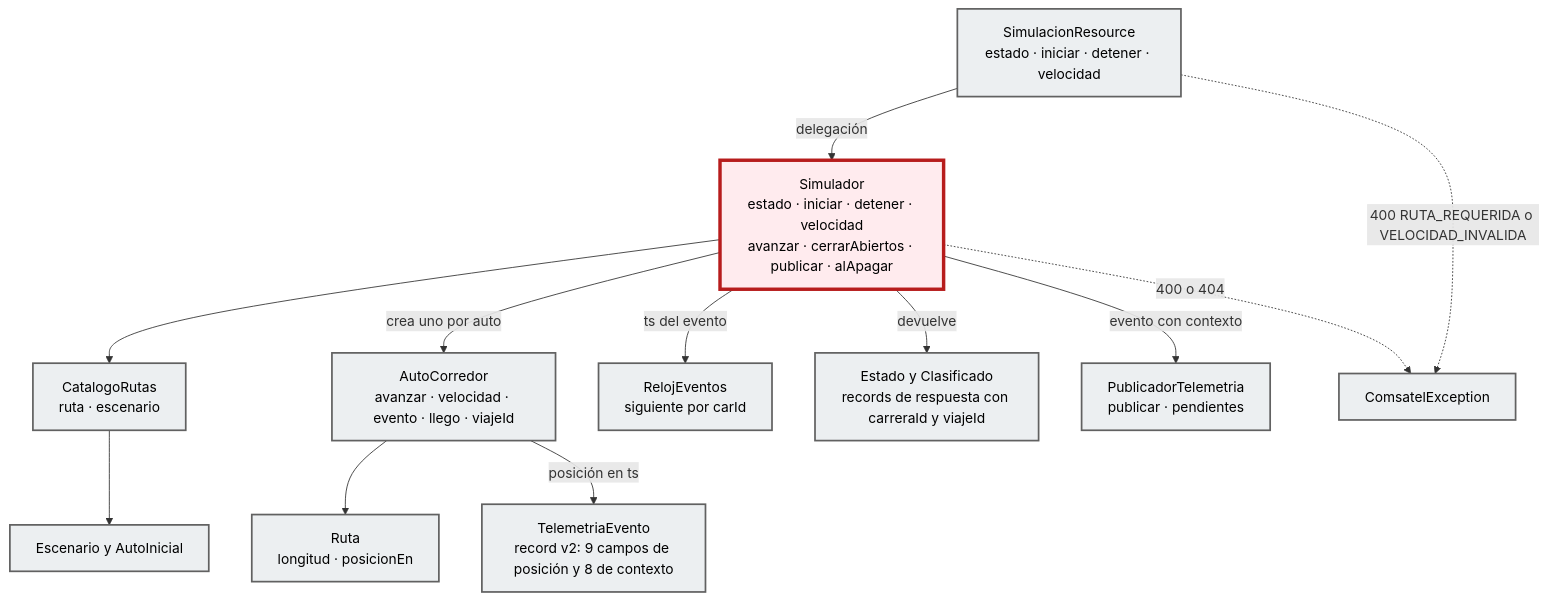
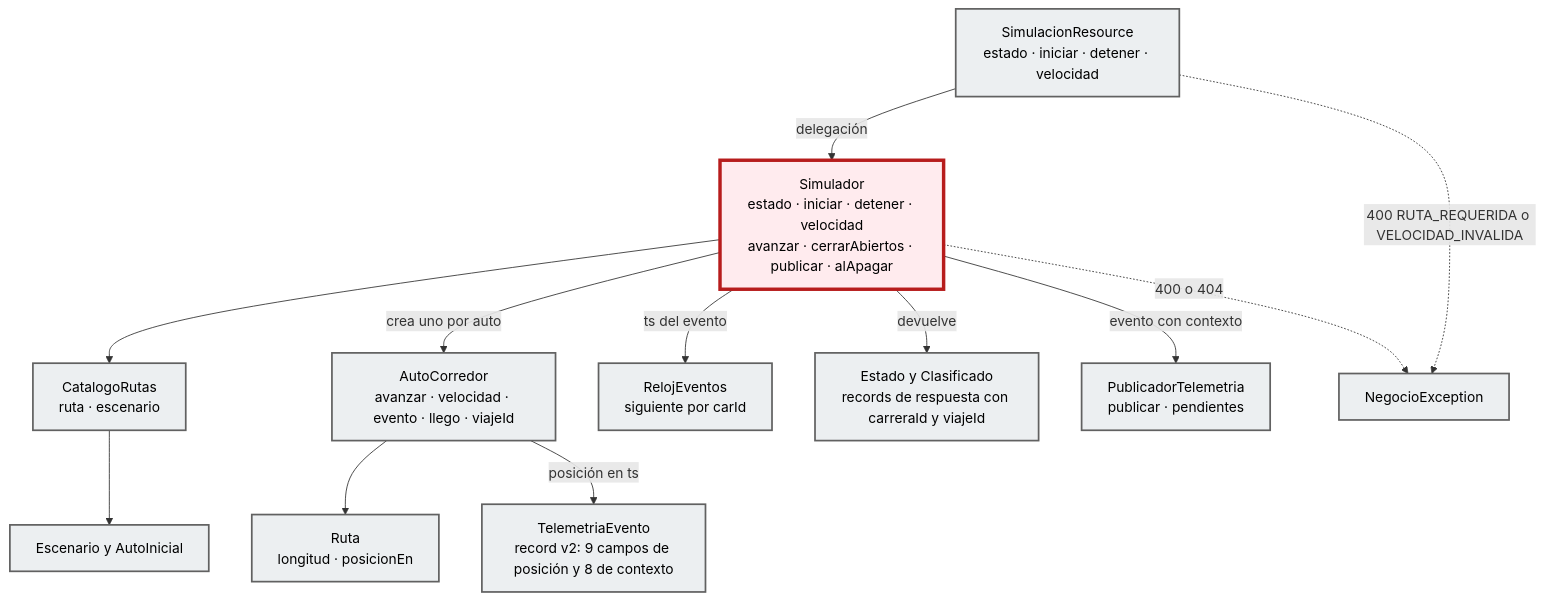
Before and after one commit to devbryan02/telemetry-flink-quarkus: the diagram in docs/c4/diagrams/code.mmd, drawn with Mermaid. The commit also changed 27 other files, not shown here.

```diff
--- a/docs/c4/diagrams/code.mmd
+++ b/docs/c4/diagrams/code.mmd
@@ -1,27 +1,27 @@
 flowchart TB
   res["SimulacionResource<br/>estado · iniciar · detener · velocidad"]
   sim["Simulador<br/>estado · iniciar · detener · velocidad<br/>avanzar · cerrarAbiertos · publicar · alApagar"]
   cat["CatalogoRutas<br/>ruta · escenario"]
   corr["AutoCorredor<br/>avanzar · velocidad · evento · llego · viajeId"]
   ruta["Ruta<br/>longitud · posicionEn"]
   esc["Escenario y AutoInicial"]
   reloj["RelojEventos<br/>siguiente por carId"]
   evt["TelemetriaEvento<br/>record v2: 9 campos de posición y 8 de contexto"]
   pub["PublicadorTelemetria<br/>publicar · pendientes"]
   dto["Estado y Clasificado<br/>records de respuesta con carreraId y viajeId"]
-  err["ComsatelException"]
+  err["NegocioException"]
   res -->|"delegación"| sim
   res -.->|"400 RUTA_REQUERIDA o VELOCIDAD_INVALIDA"| err
   sim --> cat
   sim -->|"crea uno por auto"| corr
   sim -->|"ts del evento"| reloj
   sim -->|"devuelve"| dto
   sim -->|"evento con contexto"| pub
   sim -.->|"400 o 404"| err
   cat --> esc
   corr --> ruta
   corr -->|"posición en ts"| evt
   classDef other fill:#ECEFF1,stroke:#616161,stroke-width:2px,color:#000
   classDef focus fill:#FFEBEE,stroke:#B71C1C,stroke-width:4px,color:#000
   class res,cat,corr,ruta,esc,reloj,evt,pub,dto,err other
   class sim focus
```
